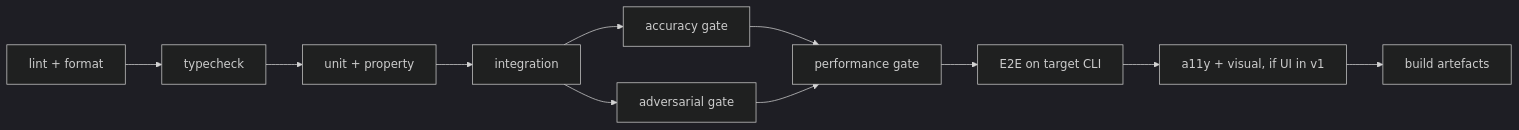
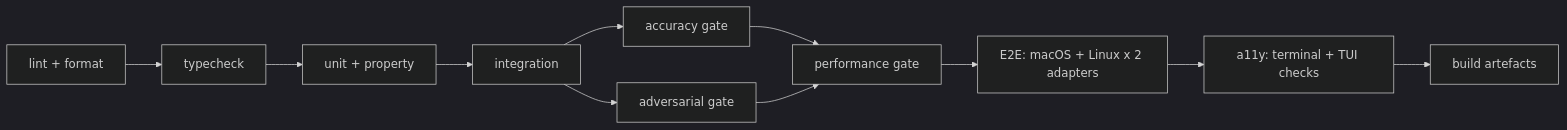
One commit to AriesNg/ai-guard-bot changed the diagram in docs/04-solution-design/testing-strategy.md. Above: the diagram before and after it, drawn with Mermaid (dark theme). The commit also changed other lines of this file and 16 other files, not shown here.

````diff
--- a/docs/04-solution-design/testing-strategy.md
+++ b/docs/04-solution-design/testing-strategy.md
@@ -166,13 +184,13 @@
 ```mermaid
 flowchart LR
     A[lint + format] --> B[typecheck]
     B --> C[unit + property]
     C --> D[integration]
     D --> E[accuracy gate]
     D --> F[adversarial gate]
     E --> G[performance gate]
     F --> G
-    G --> H[E2E on target CLI]
-    H --> I[a11y + visual, if UI in v1]
+    G --> H[E2E: macOS + Linux x 2 adapters]
+    H --> I[a11y: terminal + TUI checks]
     I --> J[build artefacts]
 ```
````
